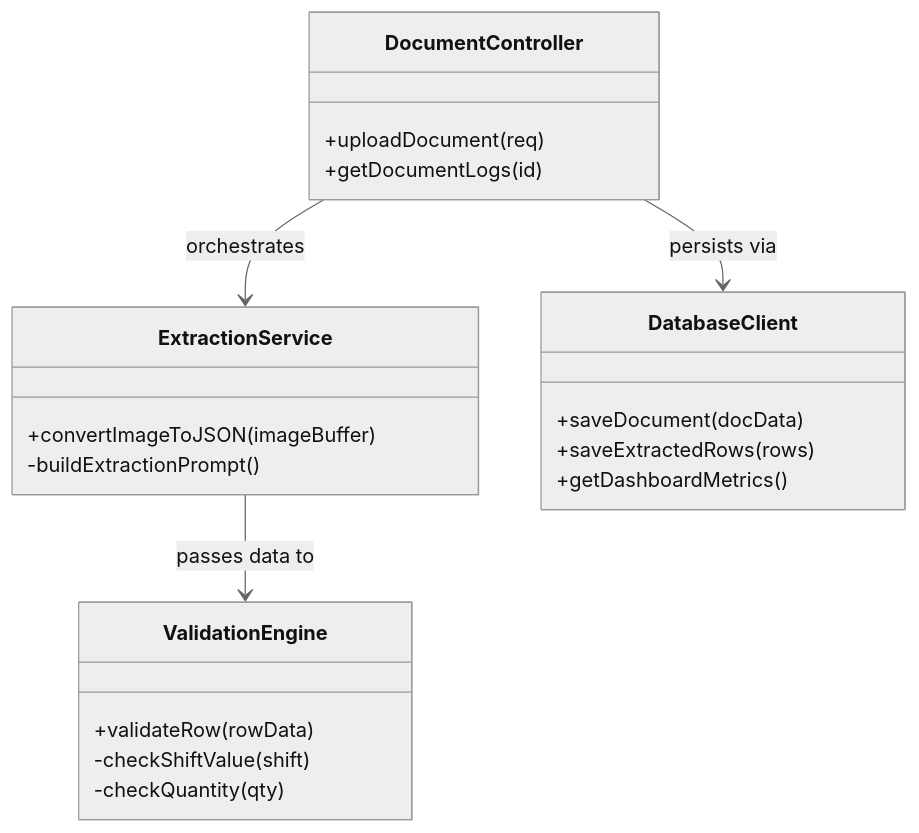
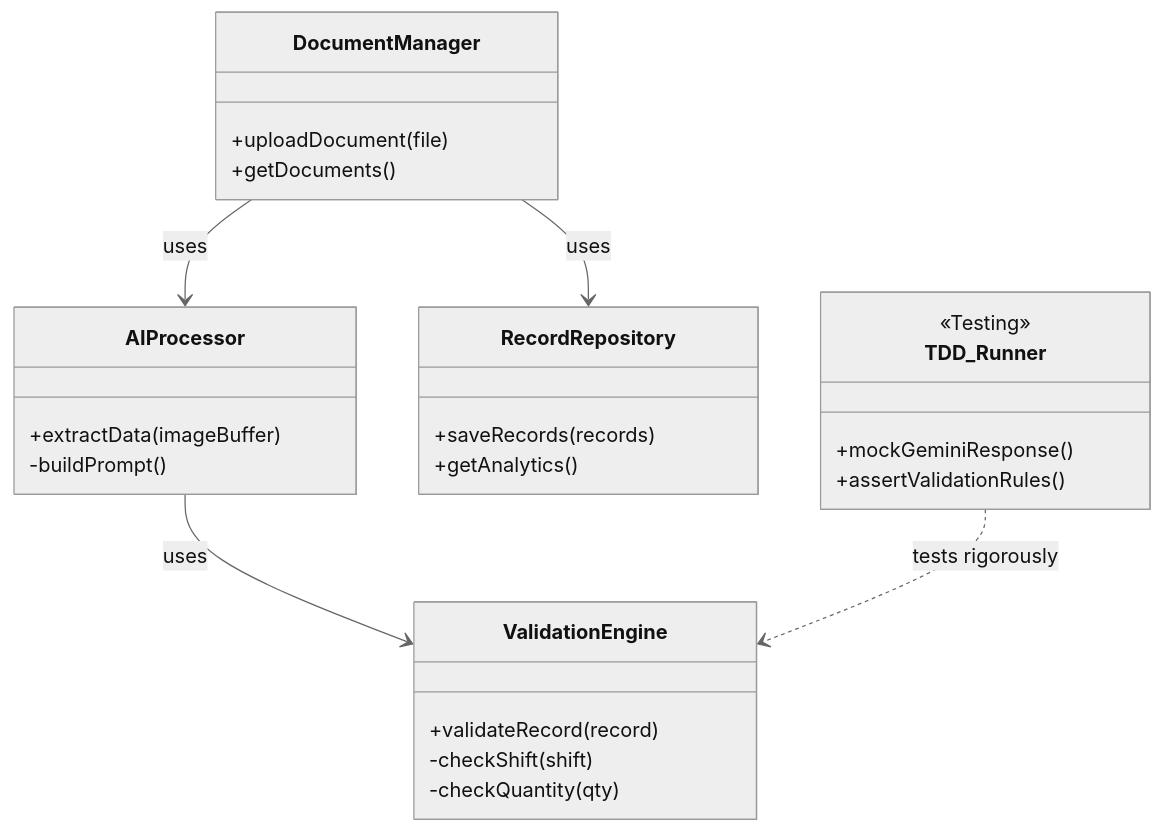
One commit to nanthitha25/biztelai changed the seventh of 8 diagrams in README.md. Above: the diagram before and after it, drawn with Mermaid (neutral theme). The commit also changed other lines of this file and 40 other files, not shown here.

````diff
--- a/README.md
+++ b/README.md
@@ -170,25 +193,30 @@
 ```mermaid
 classDiagram
-    class DocumentController {
-        +uploadDocument(req)
-        +getDocumentLogs(id)
+    class DocumentManager {
+        +uploadDocument(file)
+        +getDocuments()
     }
-    class ExtractionService {
-        +convertImageToJSON(imageBuffer)
-        -buildExtractionPrompt()
+    class AIProcessor {
+        +extractData(imageBuffer)
+        -buildPrompt()
     }
     class ValidationEngine {
-        +validateRow(rowData)
-        -checkShiftValue(shift)
+        +validateRecord(record)
+        -checkShift(shift)
         -checkQuantity(qty)
     }
-    class DatabaseClient {
-        +saveDocument(docData)
-        +saveExtractedRows(rows)
-        +getDashboardMetrics()
+    class RecordRepository {
+        +saveRecords(records)
+        +getAnalytics()
     }
-
-    DocumentController --> ExtractionService : orchestrates
-    ExtractionService --> ValidationEngine : passes data to
-    DocumentController --> DatabaseClient : persists via
+    class TDD_Runner {
+        <<Testing>>
+        +mockGeminiResponse()
+        +assertValidationRules()
+    }
+    
+    DocumentManager --> AIProcessor : uses
+    DocumentManager --> RecordRepository : uses
+    AIProcessor --> ValidationEngine : uses
+    TDD_Runner ..> ValidationEngine : tests rigorously
 ```
````
